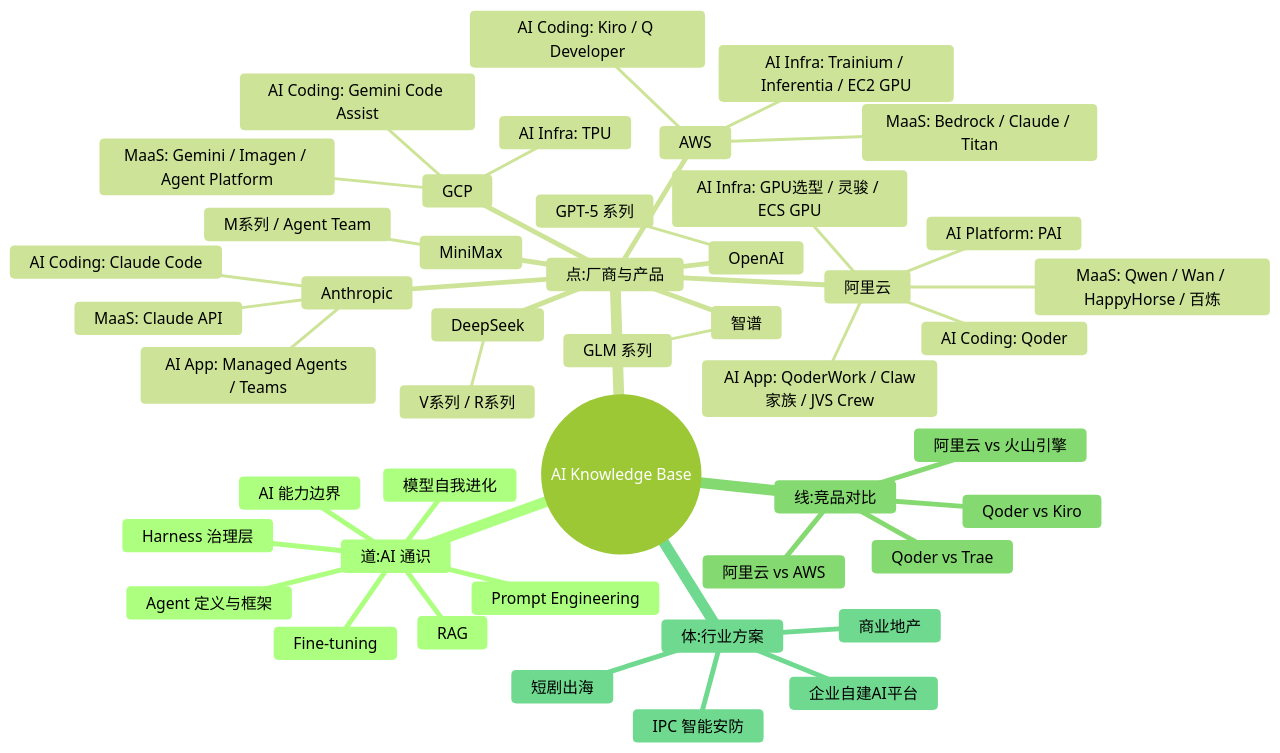
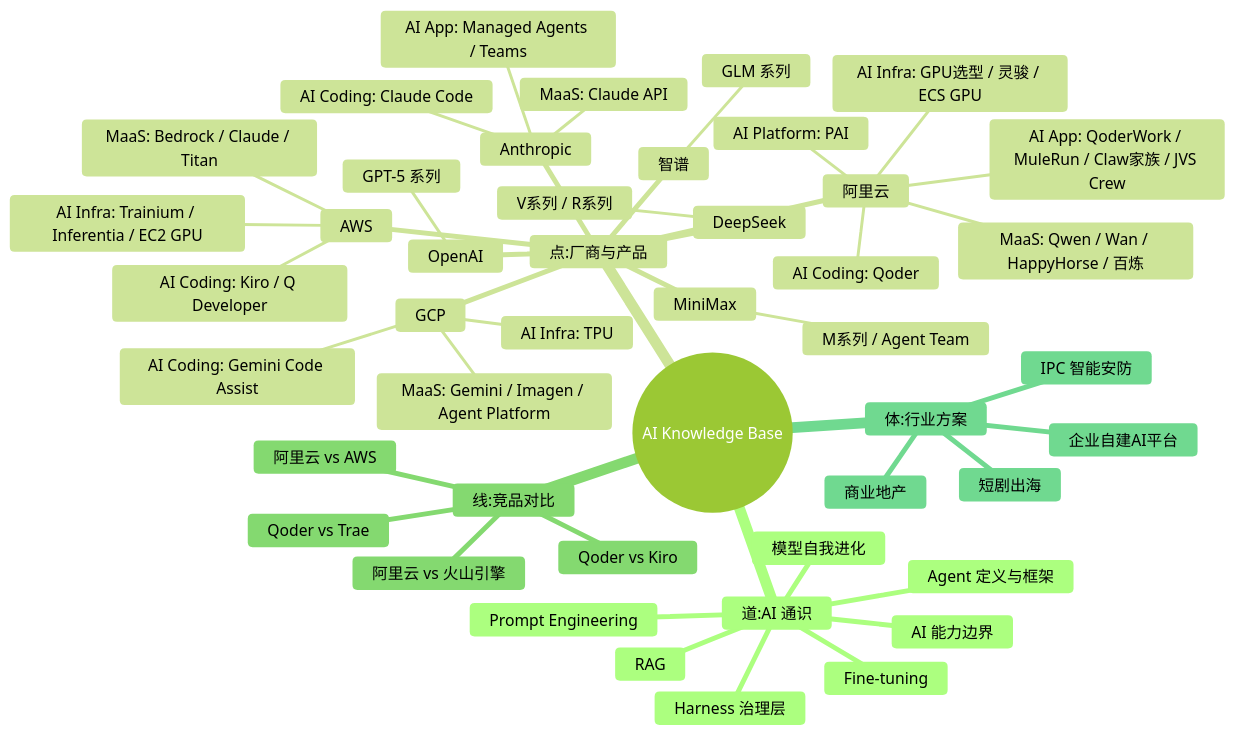
One commit to EthanNiWorld/ai-playbook-2026 changed the first of 2 diagrams in README.md. Above: the diagram before and after it, drawn with Mermaid (forest theme). The commit also changed other lines of this file and 4 other files, not shown here.

````diff
--- a/README.md
+++ b/README.md
@@ -23,49 +23,49 @@
 ```mermaid
 mindmap
   root((AI Knowledge Base))
     道:AI 通识
       Agent 定义与框架
       Harness 治理层
       Prompt Engineering
       RAG
       Fine-tuning
       AI 能力边界
       模型自我进化
     点:厂商与产品
       阿里云
         MaaS: Qwen / Wan / HappyHorse / 百炼
         AI Coding: Qoder
-        AI App: QoderWork / Claw家族 / JVS Crew
+        AI App: QoderWork / MuleRun / Claw家族 / JVS Crew
         AI Infra: GPU选型 / 灵骏 / ECS GPU
         AI Platform: PAI
       AWS
         MaaS: Bedrock / Claude / Titan
         AI Coding: Kiro / Q Developer
         AI Infra: Trainium / Inferentia / EC2 GPU
       GCP
         MaaS: Gemini / Imagen / Agent Platform
         AI Coding: Gemini Code Assist
         AI Infra: TPU
       Anthropic
         MaaS: Claude API
         AI Coding: Claude Code
         AI App: Managed Agents / Teams
       MiniMax
         M系列 / Agent Team
       DeepSeek
         V系列 / R系列
       OpenAI
         GPT-5 系列
       智谱
         GLM 系列
     线:竞品对比
       Qoder vs Kiro
       Qoder vs Trae
       阿里云 vs AWS
       阿里云 vs 火山引擎
     体:行业方案
       IPC 智能安防
       短剧出海
       商业地产
       企业自建AI平台
 ```
````
